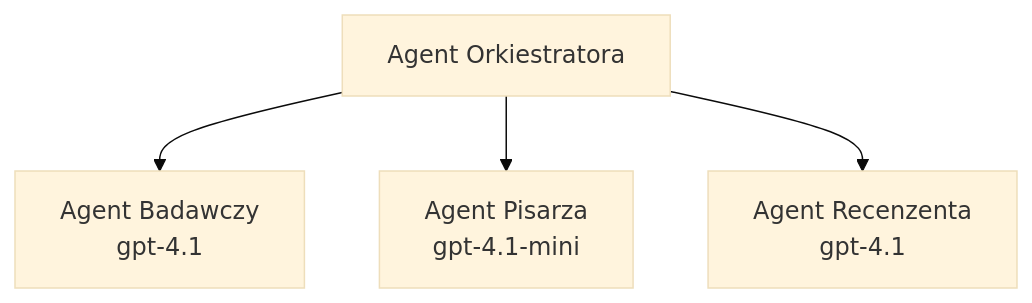
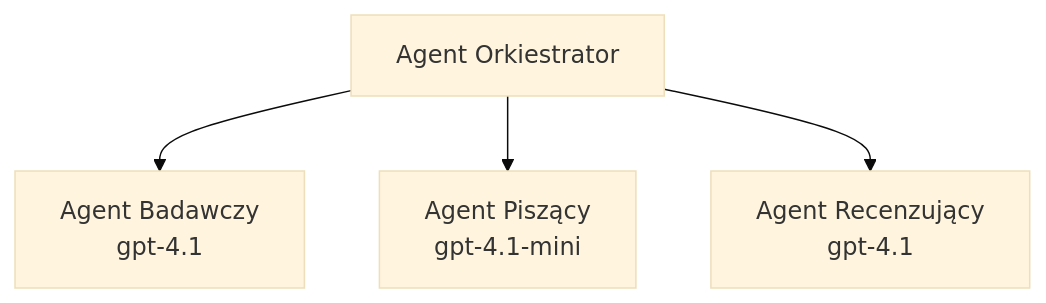
One commit to microsoft/AZD-for-beginners changed the third of 3 diagrams in translations/pl/docs/chapter-02-ai-development/agents.md. Above: the diagram before and after it, drawn with Mermaid (base theme). The commit also changed other lines of this file and 101 other files, not shown here.

````diff
--- a/translations/pl/docs/chapter-02-ai-development/agents.md
+++ b/translations/pl/docs/chapter-02-ai-development/agents.md
@@ -189,6 +194,6 @@
 ```mermaid
 graph TD
-    Orchestrator[Agent Orkiestratora] --> Research[Agent Badawczy<br/>gpt-4.1]
-    Orchestrator --> Writer[Agent Pisarza<br/>gpt-4.1-mini]
-    Orchestrator --> Reviewer[Agent Recenzenta<br/>gpt-4.1]
+    Orchestrator[Agent Orkiestrator] --> Research[Agent Badawczy<br/>gpt-4.1]
+    Orchestrator --> Writer[Agent Piszący<br/>gpt-4.1-mini]
+    Orchestrator --> Reviewer[Agent Recenzujący<br/>gpt-4.1]
 ```
````
